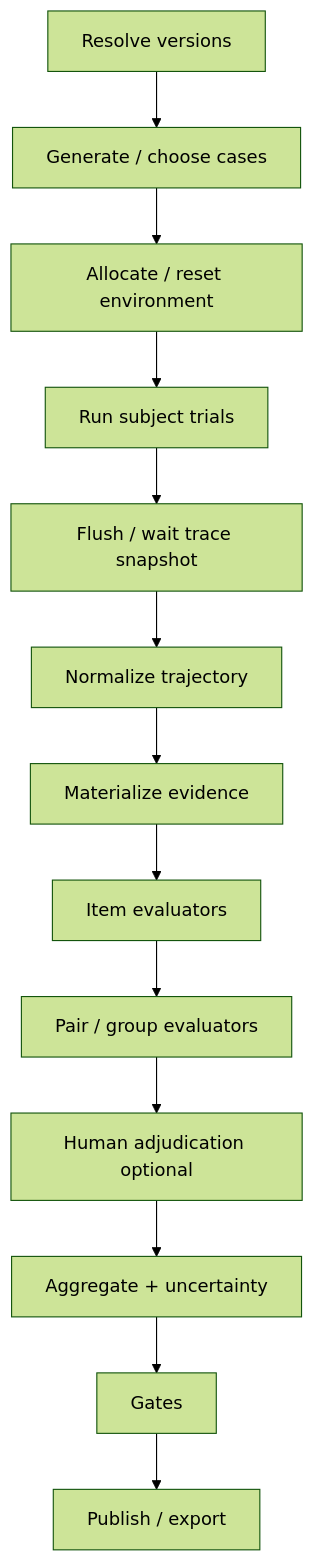
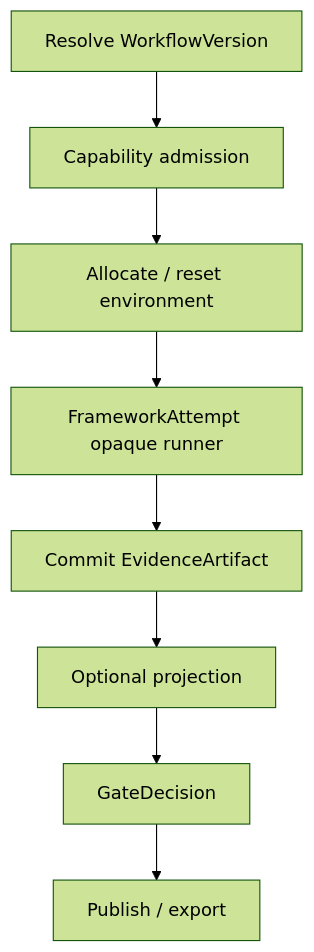
One commit to softprobe/document-website changed the first of 3 diagrams in en/evaluation/architecture/execution-dag.md. Above: the diagram before and after it, drawn with Mermaid (forest theme). The commit also changed other lines of this file and 57 other files, not shown here.

````diff
--- a/en/evaluation/architecture/execution-dag.md
+++ b/en/evaluation/architecture/execution-dag.md
@@ -19,17 +17,12 @@
 ```mermaid
 flowchart TB
-  R[Resolve versions]
-  G[Generate / choose cases]
+  R[Resolve WorkflowVersion]
+  C[Capability admission]
   E[Allocate / reset environment]
-  S[Run subject trials]
-  T[Flush / wait trace snapshot]
-  N[Normalize trajectory]
-  V[Materialize evidence]
-  I[Item evaluators]
-  P[Pair / group evaluators]
-  H[Human adjudication optional]
-  A[Aggregate + uncertainty]
-  GT[Gates]
+  F[FrameworkAttempt opaque runner]
+  V[Commit EvidenceArtifact]
+  P[Optional projection]
+  GT[GateDecision]
   Pub[Publish / export]
-  R --> G --> E --> S --> T --> N --> V --> I --> P --> H --> A --> GT --> Pub
+  R --> C --> E --> F --> V --> P --> GT --> Pub
 ```
````
